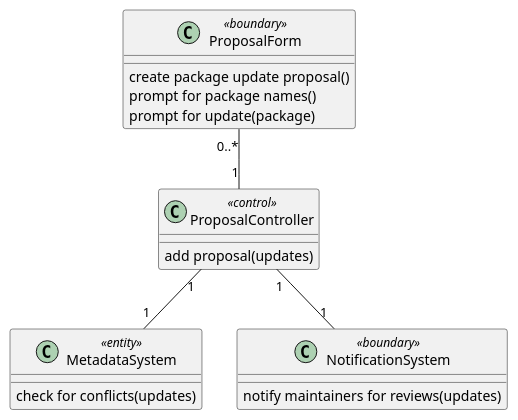
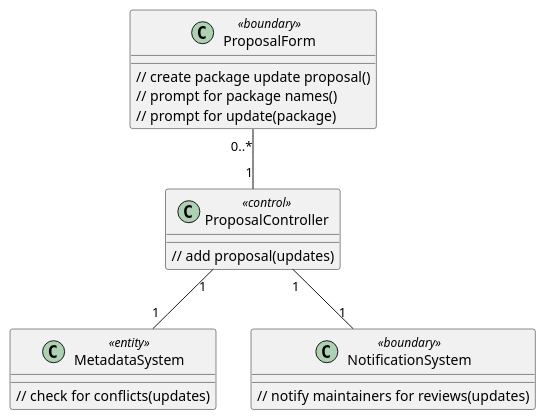
Before and after one commit to McSinyx/ipppi: the fourth of 4 diagrams in source/solution/use-case-analysis.rst, drawn with PlantUML. The commit also changed other lines of this file, not shown here.

Commit message:
Nitpick some UML diagrams

```diff
--- a/source/solution/use-case-analysis.rst
+++ b/source/solution/use-case-analysis.rst
@@ -105,23 +101,23 @@
 .. uml::
 
    class ProposalForm <<boundary>> {
-      create package update proposal()
-      prompt for package names()
-      prompt for update(package)
+      // create package update proposal()
+      // prompt for package names()
+      // prompt for update(package)
    }
 
    class ProposalController <<control>> {
-      add proposal(updates)
+      // add proposal(updates)
    }
 
    class MetadataSystem <<entity>> {
-      check for conflicts(updates)
+      // check for conflicts(updates)
    }
 
    class NotificationSystem <<boundary>> {
-      notify maintainers for reviews(updates)
+      // notify maintainers for reviews(updates)
    }
 
    ProposalForm "0..*" -- "1" ProposalController
    ProposalController "1" -- "1" MetadataSystem
    ProposalController "1" -- "1" NotificationSystem
```
